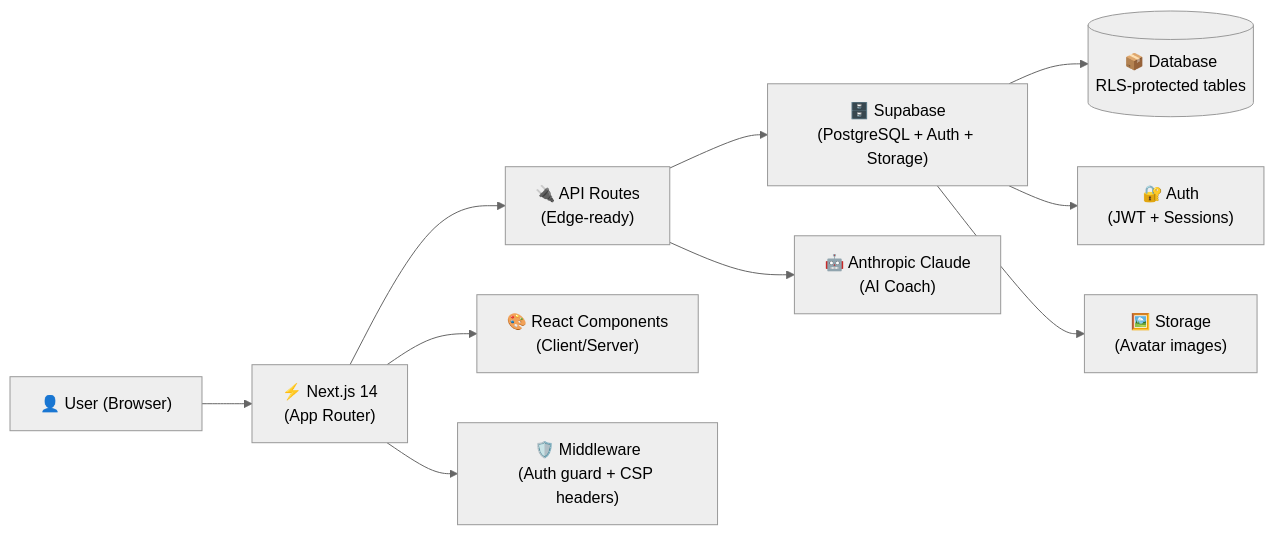
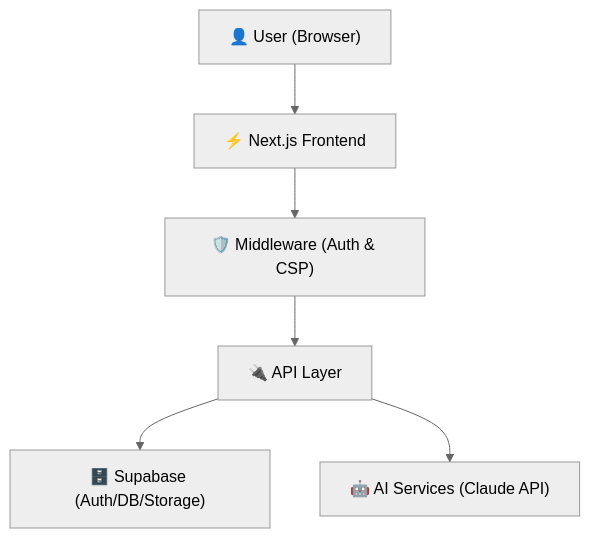
The diagram in README.md (babluprajapatii/ecoguide-ai), drawn with Mermaid (neutral theme) before and after one commit. The commit also changed other lines of this file and 5 other files, not shown here.

````diff
--- a/README.md
+++ b/README.md
@@ -115,12 +39,8 @@
 ```mermaid
-flowchart LR
-    User["👤 User (Browser)"] --> Next["⚡ Next.js 14\n(App Router)"]
-    Next --> API["🔌 API Routes\n(Edge-ready)"]
-    Next --> UI["🎨 React Components\n(Client/Server)"]
-    API --> Supabase["🗄️ Supabase\n(PostgreSQL + Auth + Storage)"]
-    API --> Claude["🤖 Anthropic Claude\n(AI Coach)"]
-    Supabase --> DB[("📦 Database\nRLS-protected tables")]
-    Supabase --> Auth["🔐 Auth\n(JWT + Sessions)"]
-    Supabase --> Storage["🖼️ Storage\n(Avatar images)"]
-    Next --> MW["🛡️ Middleware\n(Auth guard + CSP headers)"]
+flowchart TD
+    User["👤 User (Browser)"] --> Next["⚡ Next.js Frontend"]
+    Next --> MW["🛡️ Middleware (Auth & CSP)"]
+    MW --> API["🔌 API Layer"]
+    API --> Supabase["🗄️ Supabase (Auth/DB/Storage)"]
+    API --> AI["🤖 AI Services (Claude API)"]
 ```
````
